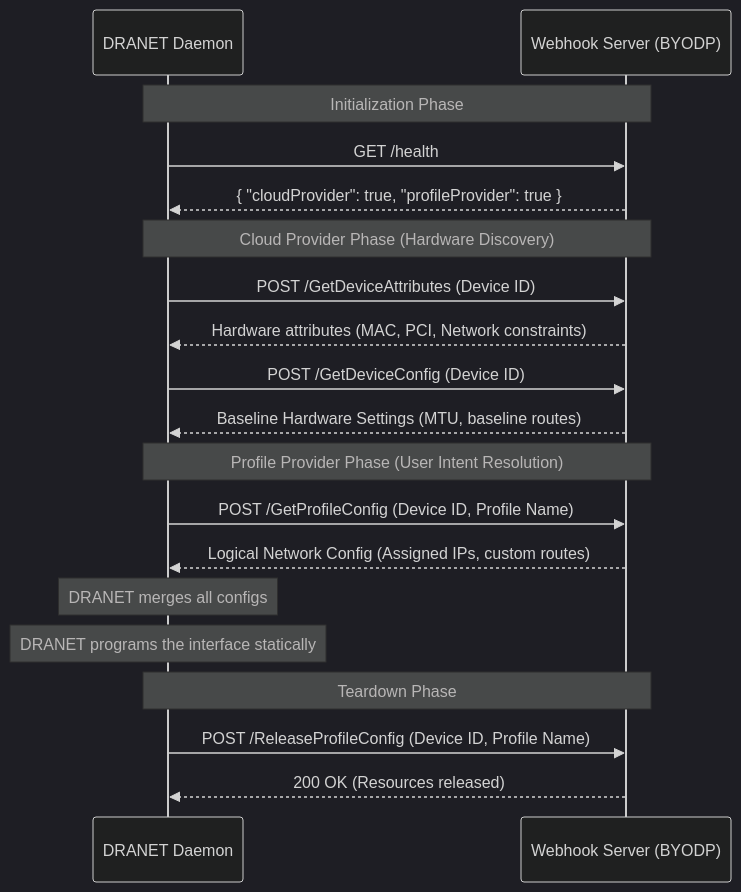
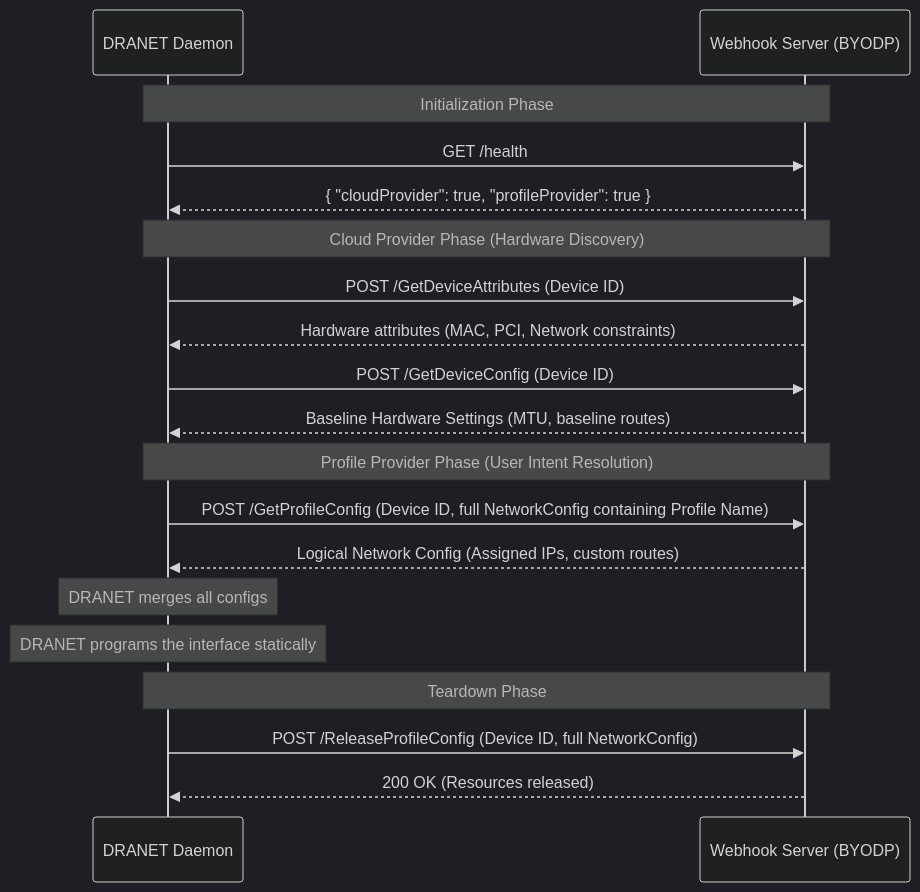
The diagram in site/content/docs/contributing/webhook-providers.md (ngcxy/dranet), drawn with Mermaid (dark theme) before and after one commit. The commit also changed other lines of this file and 10 other files, not shown here.

First line of the commit message:
Pass full NetworkConfig to ProfileProvider Webhook

````diff
--- a/site/content/docs/contributing/webhook-providers.md
+++ b/site/content/docs/contributing/webhook-providers.md
@@ -26,26 +26,26 @@
 ```mermaid
 sequenceDiagram
     participant D as DRANET Daemon
     participant W as Webhook Server (BYODP)
     
     note over D,W: Initialization Phase
     D->>W: GET /health
     W-->>D: { "cloudProvider": true, "profileProvider": true }
     
     note over D,W: Cloud Provider Phase (Hardware Discovery)
     D->>W: POST /GetDeviceAttributes (Device ID)
     W-->>D: Hardware attributes (MAC, PCI, Network constraints)
     D->>W: POST /GetDeviceConfig (Device ID)
     W-->>D: Baseline Hardware Settings (MTU, baseline routes)
     
     note over D,W: Profile Provider Phase (User Intent Resolution)
-    D->>W: POST /GetProfileConfig (Device ID, Profile Name)
+    D->>W: POST /GetProfileConfig (Device ID, full NetworkConfig containing Profile Name)
     W-->>D: Logical Network Config (Assigned IPs, custom routes)
     
     note over D: DRANET merges all configs
     note over D: DRANET programs the interface statically
     
     note over D,W: Teardown Phase
-    D->>W: POST /ReleaseProfileConfig (Device ID, Profile Name)
+    D->>W: POST /ReleaseProfileConfig (Device ID, full NetworkConfig)
     W-->>D: 200 OK (Resources released)
 ```
````
